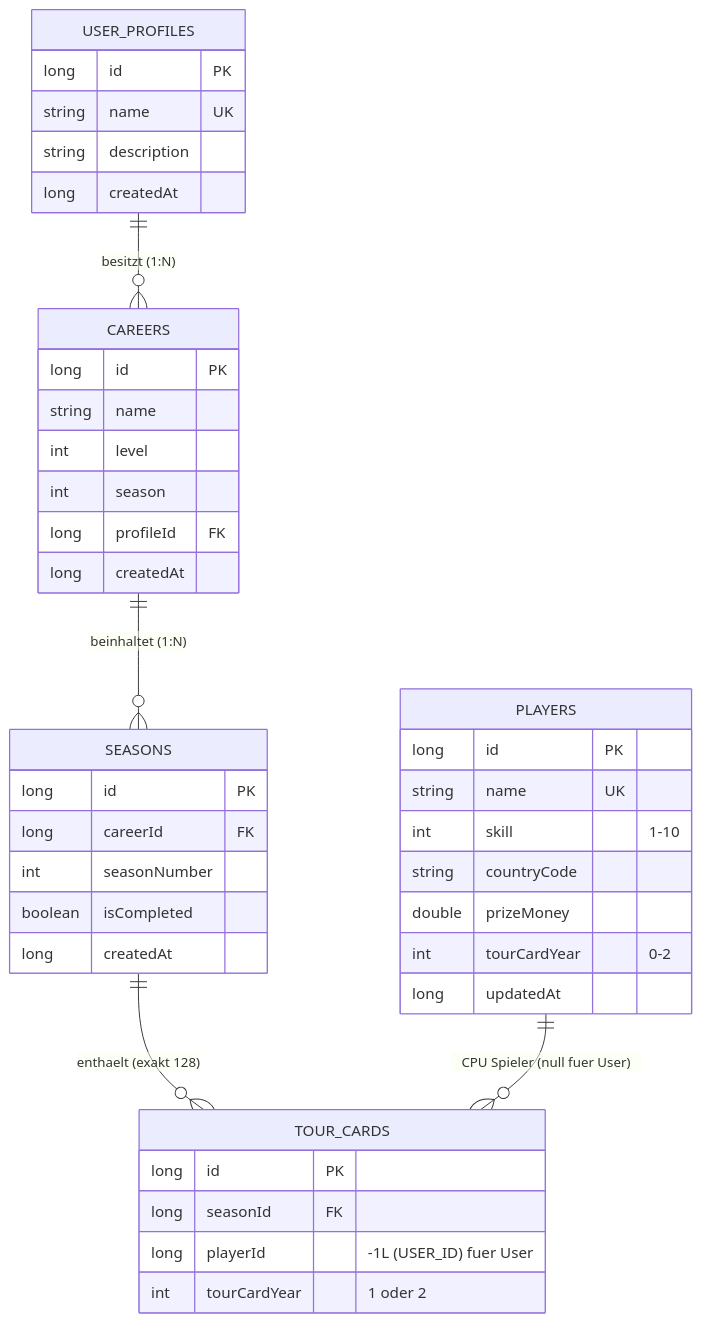
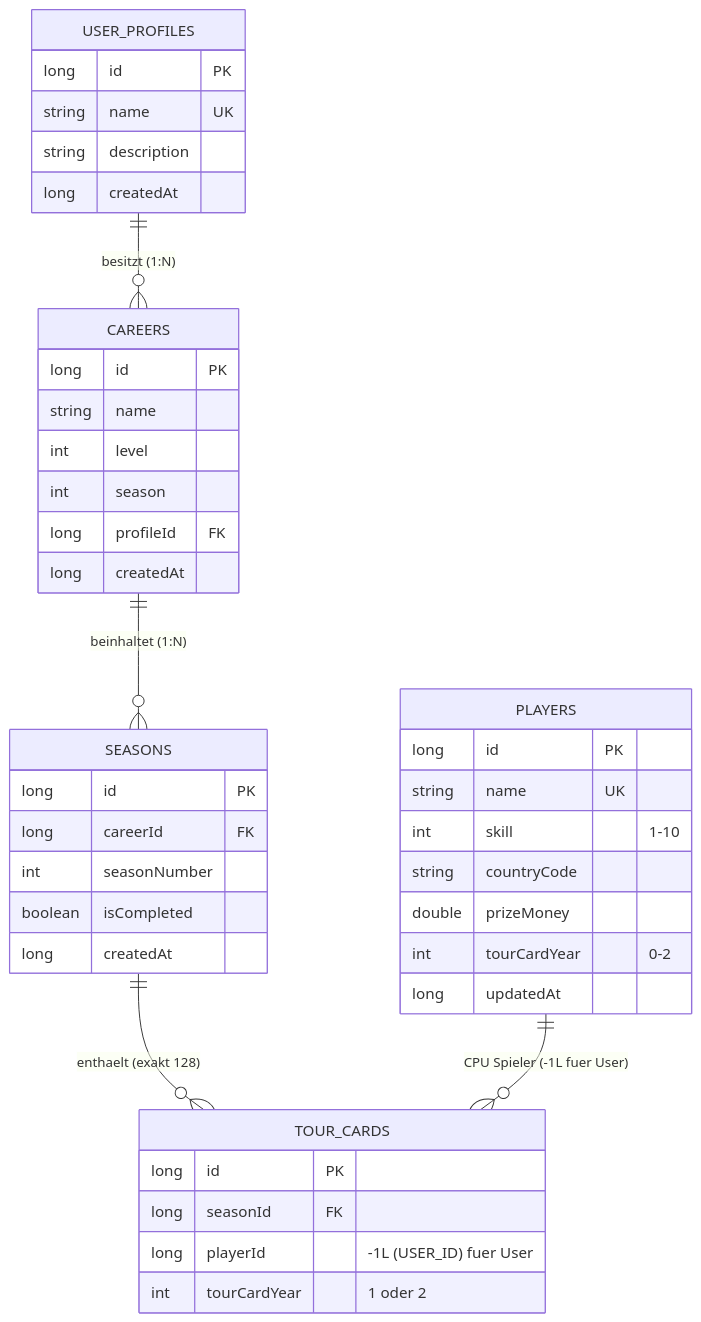
The diagram in docs/ARCHITEKTUR.md (anotherD/DannyApp), drawn with Mermaid before and after one commit.

````diff
--- a/docs/ARCHITEKTUR.md
+++ b/docs/ARCHITEKTUR.md
@@ -30,48 +30,48 @@
 ```mermaid
 erDiagram
     USER_PROFILES ||--o{ CAREERS : "besitzt (1:N)"
     CAREERS ||--o{ SEASONS : "beinhaltet (1:N)"
     SEASONS ||--o{ TOUR_CARDS : "enthaelt (exakt 128)"
-    PLAYERS ||--o{ TOUR_CARDS : "CPU Spieler (null fuer User)"
+    PLAYERS ||--o{ TOUR_CARDS : "CPU Spieler (-1L fuer User)"
 
     USER_PROFILES {
         long id PK
         string name UK
         string description
         long createdAt
     }
 
     CAREERS {
         long id PK
         string name
         int level
         int season
         long profileId FK
         long createdAt
     }
 
     SEASONS {
         long id PK
         long careerId FK
         int seasonNumber
         boolean isCompleted
         long createdAt
     }
 
     TOUR_CARDS {
         long id PK
         long seasonId FK
         long playerId "-1L (USER_ID) fuer User"
         int tourCardYear "1 oder 2"
     }
 
     PLAYERS {
         long id PK
         string name UK
         int skill "1-10"
         string countryCode
         double prizeMoney
         int tourCardYear "0-2"
         long updatedAt
     }
 ```
````
